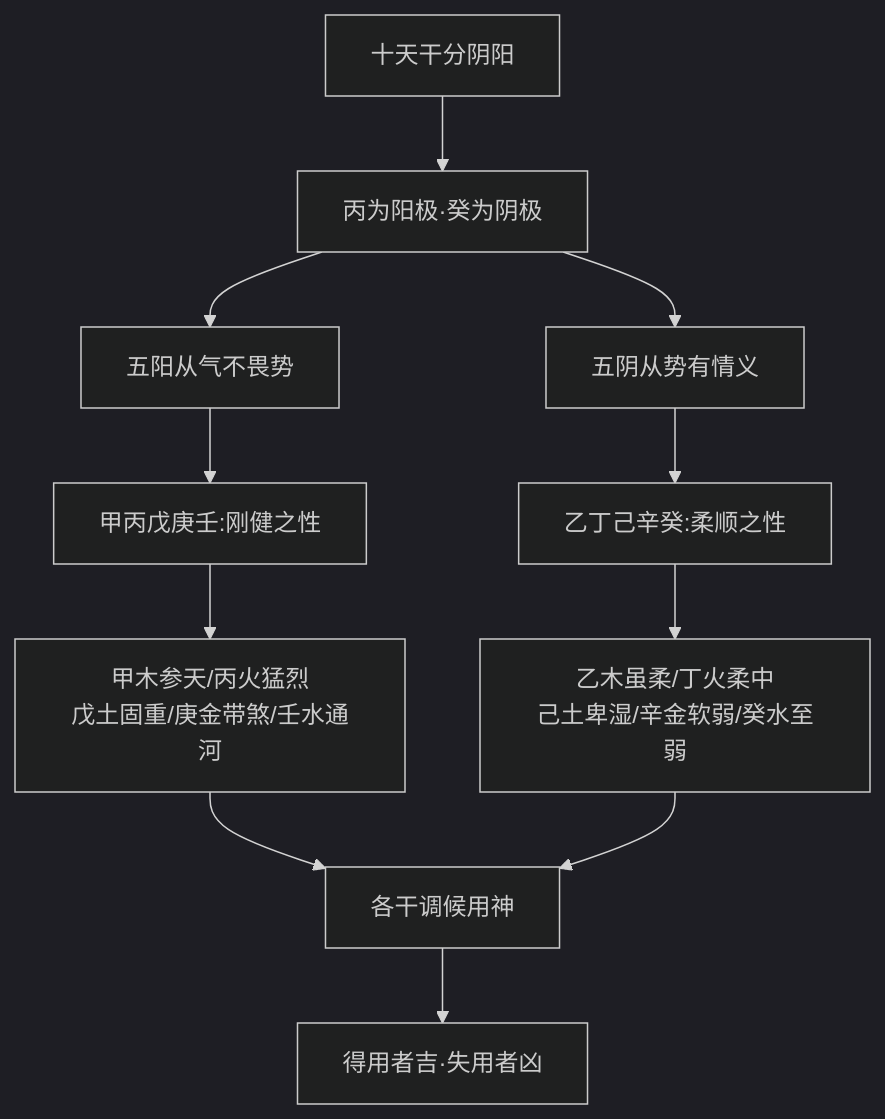
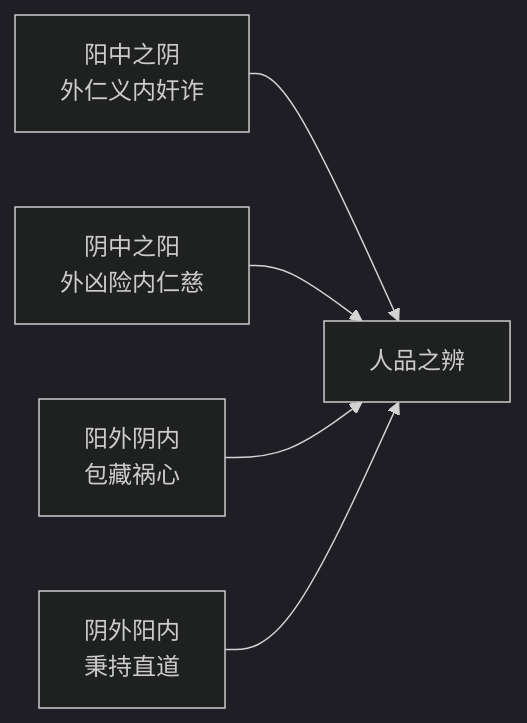
Before and after one commit to Banny-Gao/mingli-research: the diagram in books/滴天髓阐微/articles/天干/interpretation.md, drawn with Mermaid (dark theme). The commit also changed other lines of this file and 20 other files, not shown here.

````diff
--- a/books/滴天髓阐微/articles/天干/interpretation.md
+++ b/books/滴天髓阐微/articles/天干/interpretation.md
@@ -286,13 +93,7 @@
 ```mermaid
-flowchart TD
-    A[十天干分阴阳] --> B[丙为阳极·癸为阴极]
-    B --> C[五阳从气不畏势]
-    B --> D[五阴从势有情义]
-    C --> E[甲丙戊庚壬:刚健之性]
-    D --> F[乙丁己辛癸:柔顺之性]
-    E --> G[甲木参天/丙火猛烈<br/>戊土固重/庚金带煞/壬水通河]
-    F --> H[乙木虽柔/丁火柔中<br/>己土卑湿/辛金软弱/癸水至弱]
-    G --> I[各干调候用神]
-    H --> I
-    I --> J[得用者吉·失用者凶]
+graph LR
+    A[阳中之阴<br>外仁义内奸诈] --> X[人品之辨]
+    B[阴中之阳<br>外凶险内仁慈] --> X
+    C[阳外阴内<br>包藏祸心] --> X
+    D[阴外阳内<br>秉持直道] --> X
 ```
````
